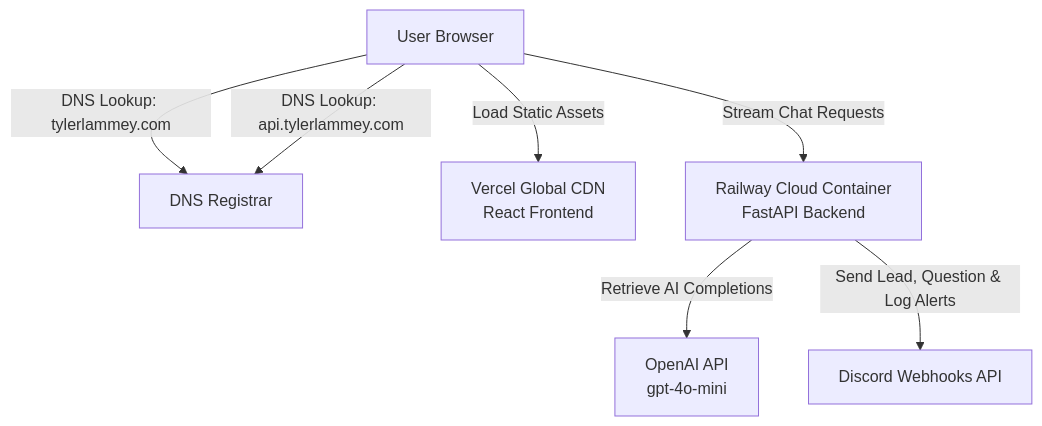
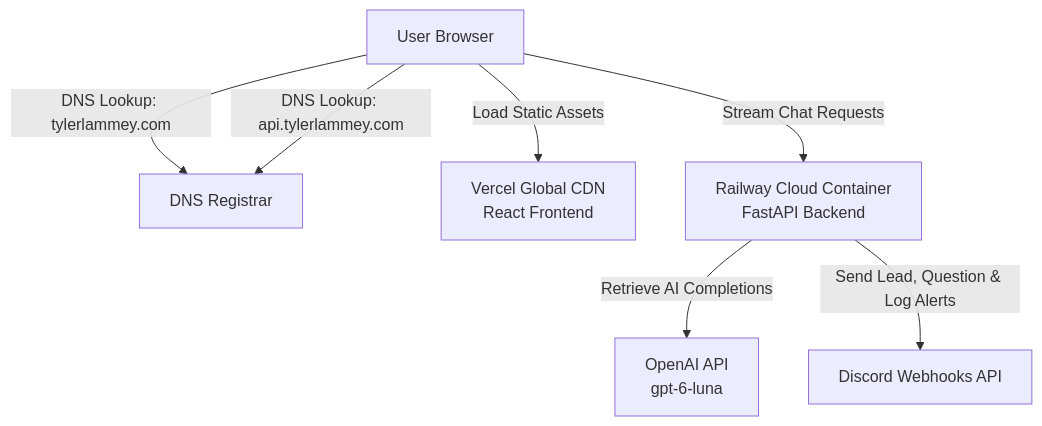
The diagram in DEPLOYMENT.md (tylerlammey/personal-website), drawn with Mermaid before and after one commit. The commit also changed other lines of this file and 3 other files, not shown here.

Commit message:
chore: migrate TylerGPT to GPT-6 Luna

````diff
--- a/DEPLOYMENT.md
+++ b/DEPLOYMENT.md
@@ -13,16 +13,16 @@
 ```mermaid
 graph TD
     Client[User Browser]
     DNS[DNS Registrar]
     Vercel[Vercel Global CDN<br>React Frontend]
     Railway[Railway Cloud Container<br>FastAPI Backend]
-    OpenAI[OpenAI API<br>gpt-4o-mini]
+    OpenAI[OpenAI API<br>gpt-6-luna]
     Discord[Discord Webhooks API]
 
     Client -->|DNS Lookup: tylerlammey.com| DNS
     Client -->|DNS Lookup: api.tylerlammey.com| DNS
     Client -->|Load Static Assets| Vercel
     Client -->|Stream Chat Requests| Railway
     Railway -->|Retrieve AI Completions| OpenAI
     Railway -->|Send Lead, Question & Log Alerts| Discord
 ```
````
